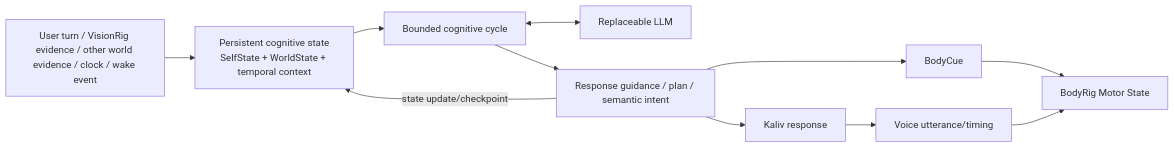
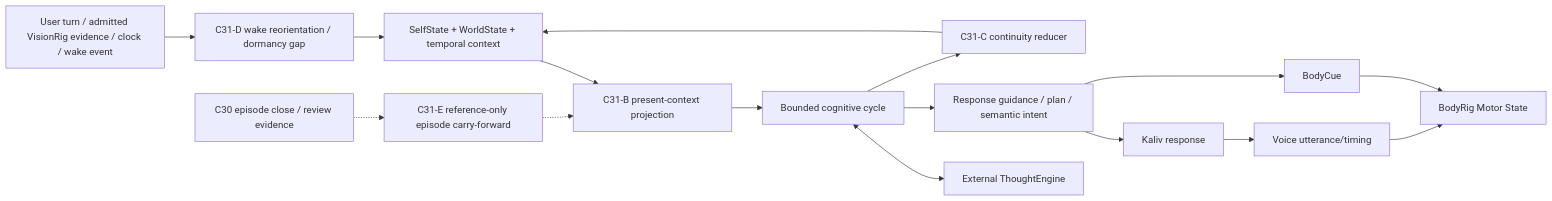
One commit to Ternedal/ModelRig changed the second of 3 diagrams in docs/KALIV_SYSTEM_DEFINITION.md. Above: the diagram before and after it, drawn with Mermaid. The commit also changed other lines of this file, not shown here.

Commit message:
docs: align system definition with VisionRig and C31

````diff
--- a/docs/KALIV_SYSTEM_DEFINITION.md
+++ b/docs/KALIV_SYSTEM_DEFINITION.md
@@ -102,23 +117,34 @@
 ```mermaid
 flowchart LR
-    E["User turn / VisionRig evidence / other world evidence / clock / wake event"]
-    S["Persistent cognitive state<br/>SelfState + WorldState + temporal context"]
+    E["User turn / admitted VisionRig evidence / clock / wake event"]
+    P["C31-B present-context projection"]
+    S["SelfState + WorldState + temporal context"]
+    W["C31-D wake reorientation / dormancy gap"]
     C["Bounded cognitive cycle"]
-    M["Replaceable LLM"]
+    TE["External ThoughtEngine"]
+    X["C31-C continuity reducer"]
+    EP["C30 episode close / review evidence"]
+    CF["C31-E reference-only episode carry-forward"]
     O["Response guidance / plan / semantic intent"]
     R["Kaliv response"]
     B["BodyCue"]
     V["Voice utterance/timing"]
     MS["BodyRig Motor State"]
 
-    E --> S
-    S --> C
-    C <--> M
+    E --> W
+    W --> S
+    S --> P
+    P --> C
+    C <--> TE
     C --> O
+    C --> X
+    X --> S
+    EP -.-> CF
+    CF -.-> P
+
     O --> R
     O --> B
     R --> V
     B --> MS
     V --> MS
-    O -->|"state update/checkpoint"| S
 ```
````
